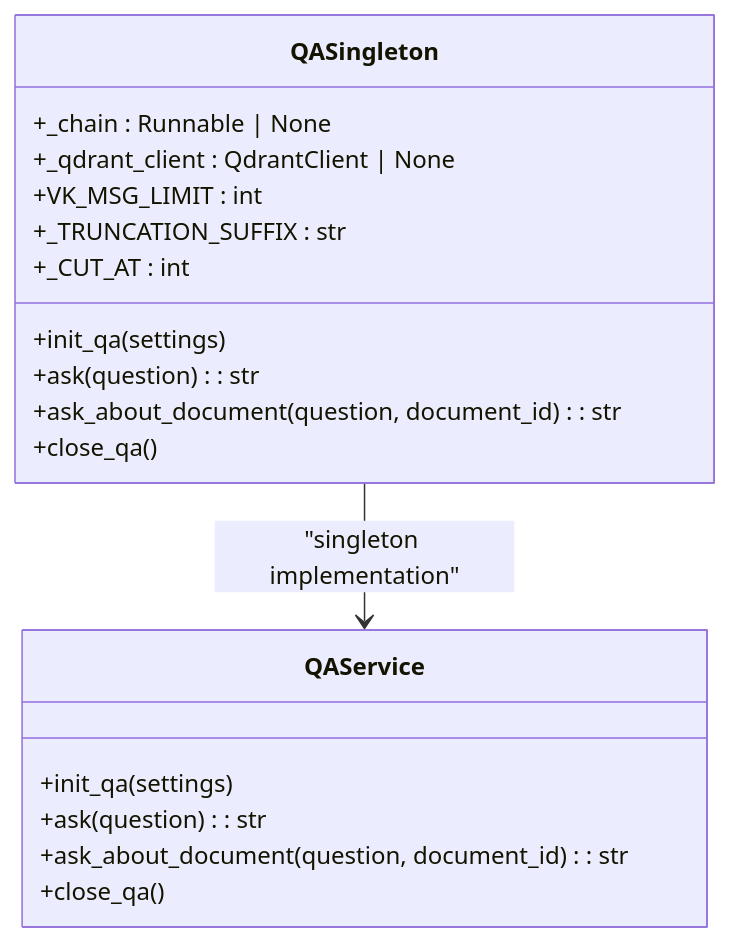
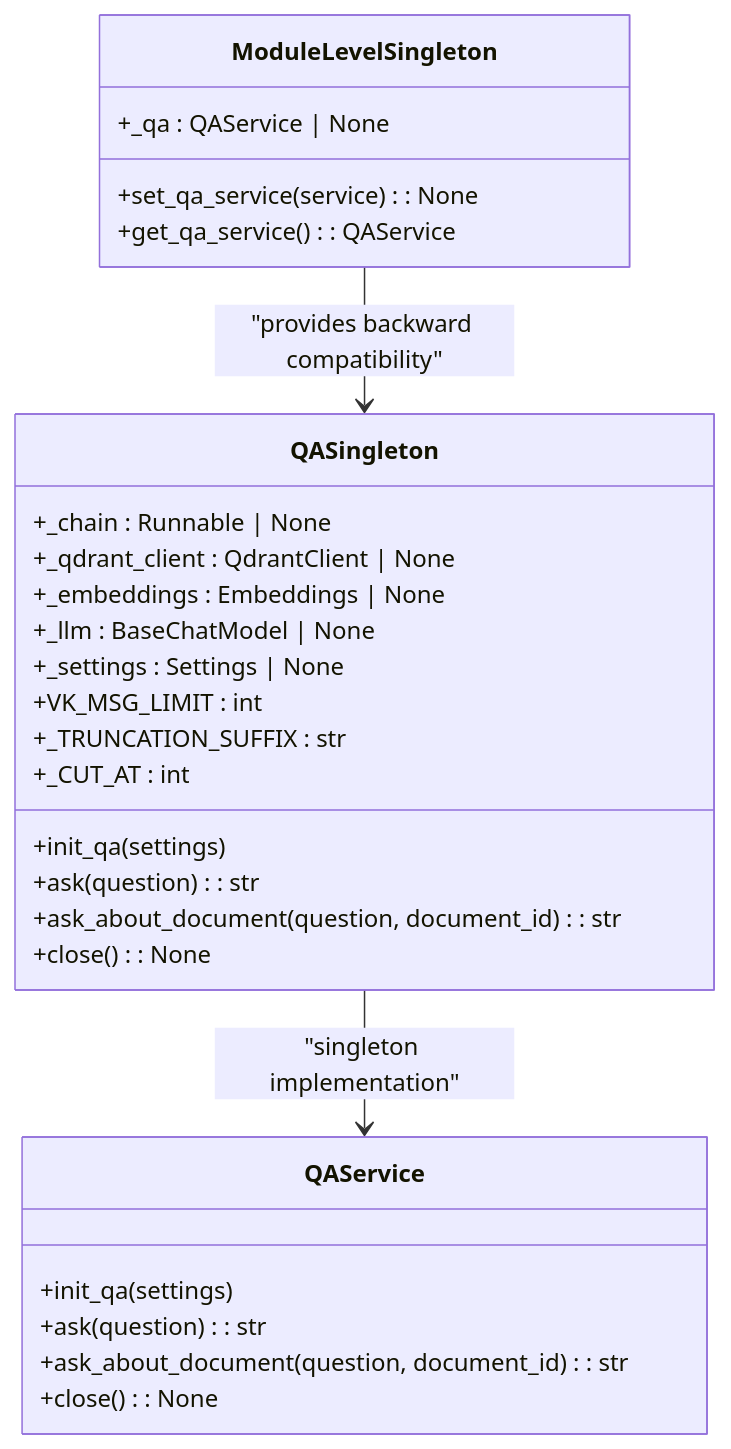
Before and after one commit to ognelis/cafetera_hr_bot: diagram 15 of 26 in .qoder/repowiki/en/content/RAG Integration/RAG Integration.md, drawn with Mermaid. The commit also changed other lines of this file and 29 other files, not shown here.

````diff
--- a/.qoder/repowiki/en/content/RAG Integration/RAG Integration.md
+++ b/.qoder/repowiki/en/content/RAG Integration/RAG Integration.md
@@ -846,21 +913,30 @@
 ```mermaid
 classDiagram
 class QASingleton {
 +_chain : Runnable | None
 +_qdrant_client : QdrantClient | None
++_embeddings : Embeddings | None
++_llm : BaseChatModel | None
++_settings : Settings | None
 +VK_MSG_LIMIT : int
 +_TRUNCATION_SUFFIX : str
 +_CUT_AT : int
 +init_qa(settings)
 +ask(question) : str
 +ask_about_document(question, document_id) : str
-+close_qa()
++close() : None
+}
+class ModuleLevelSingleton {
++_qa : QAService | None
++set_qa_service(service) : None
++get_qa_service() : QAService
 }
 class QAService {
 +init_qa(settings)
 +ask(question) : str
 +ask_about_document(question, document_id) : str
-+close_qa()
++close() : None
 }
 QASingleton --> QAService : "singleton implementation"
+ModuleLevelSingleton --> QASingleton : "provides backward compatibility"
 ```
````
